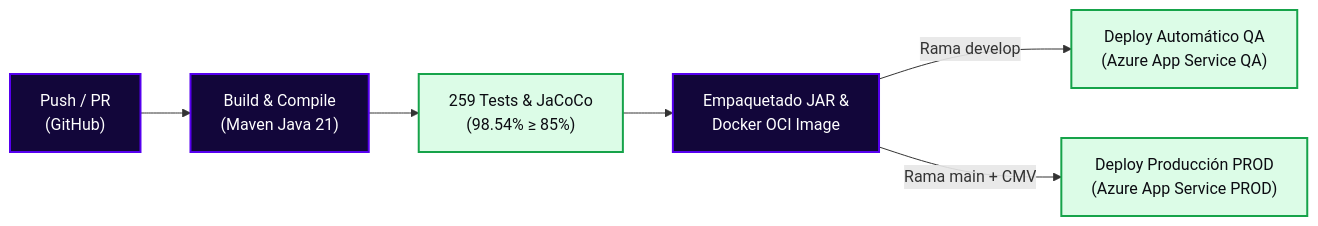
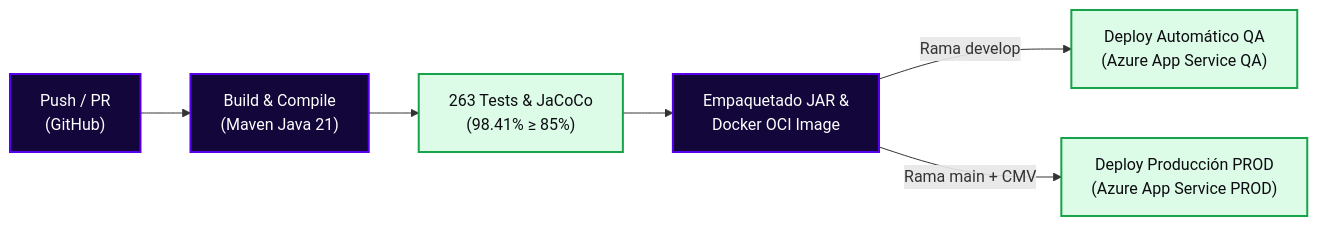
Before and after one commit to StyleRadar1/PT8080-Donations-Service: the diagram in README.md, drawn with Mermaid. The commit also changed other lines of this file, not shown here.

````diff
--- a/README.md
+++ b/README.md
@@ -528,14 +530,14 @@
 ```mermaid
 flowchart LR
     A["Push / PR<br>(GitHub)"] --> B["Build & Compile<br>(Maven Java 21)"]
-    B --> C["259 Tests & JaCoCo<br>(98.54% ≥ 85%)"]
+    B --> C["263 Tests & JaCoCo<br>(98.41% ≥ 85%)"]
     C --> D["Empaquetado JAR &<br>Docker OCI Image"]
     D -->|Rama develop| E["Deploy Automático QA<br>(Azure App Service QA)"]
     D -->|Rama main + CMV| F["Deploy Producción PROD<br>(Azure App Service PROD)"]
 
     classDef step fill:#12063A,stroke:#5600EF,stroke-width:2px,color:#FFFFFF;
     classDef pass fill:#DCFCE7,stroke:#16A34A,stroke-width:2px,color:#0C0C12;
 
     class A,B,D step;
     class C,E,F pass;
 ```
````
